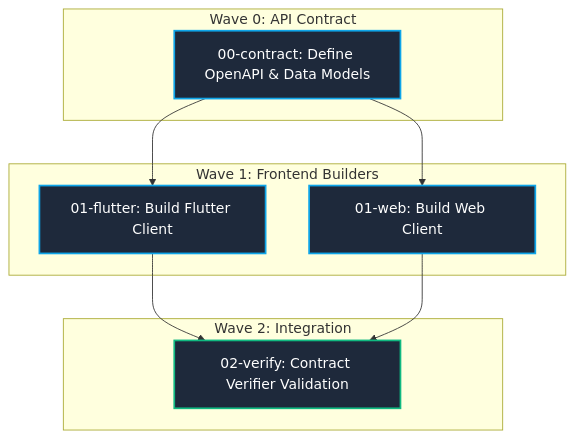
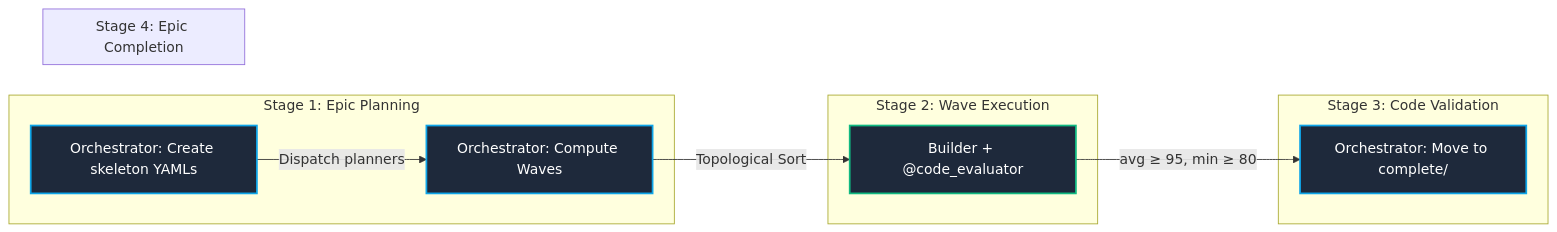
Before and after one commit to basnetjiten/test-repo: the second of 4 diagrams in ebprocess-development/Architecture.md, drawn with Mermaid. The commit also changed other lines of this file and 40 other files, not shown here.

Commit message:
refactor: update multi-agent orchestrator, nodes, schemas, and add new API/testing contracts

````diff
--- a/ebprocess-development/Architecture.md
+++ b/ebprocess-development/Architecture.md
@@ -150,23 +149,20 @@
 ```mermaid
-graph TD
-    subgraph "Wave 0: API Contract"
-        T1["00-contract: Define OpenAPI & Data Models"]
+graph LR
+    subgraph "Stage 1: Epic Planning"
+        A["Orchestrator: Create skeleton YAMLs"] -->|Dispatch planners| B["@api_planner / @flutter_planner: Enrich YAMLs"]
     end
-    subgraph "Wave 1: Frontend Builders"
-        T2["01-flutter: Build Flutter Client"]
-        T3["01-web: Build Web Client"]
+    subgraph "Stage 2: Wave Execution"
+        B["Orchestrator: Compute Waves"] -->|Topological Sort| C
     end
-    subgraph "Wave 2: Integration"
-        T4["02-verify: Contract Verifier Validation"]
+    subgraph "Stage 3: Code Validation"
+        C["Builder + @code_evaluator"] -->|avg ≥ 95, min ≥ 80| D
+    end
+    subgraph "Stage 4: Epic Completion"
+        D["Orchestrator: Move to complete/"]
     end
 
-    T1 --> T2
-    T1 --> T3
-    T2 --> T4
-    T3 --> T4
-
-    style T1 fill:#1E293B,stroke:#0EA5E9,stroke-width:2px,color:#fff
-    style T2 fill:#1E293B,stroke:#0EA5E9,stroke-width:2px,color:#fff
-    style T3 fill:#1E293B,stroke:#0EA5E9,stroke-width:2px,color:#fff
-    style T4 fill:#1E293B,stroke:#10B981,stroke-width:2px,color:#fff
+    style A fill:#1E293B,stroke:#0EA5E9,stroke-width:2px,color:#fff
+    style B fill:#1E293B,stroke:#0EA5E9,stroke-width:2px,color:#fff
+    style C fill:#1E293B,stroke:#10B981,stroke-width:2px,color:#fff
+    style D fill:#1E293B,stroke:#0EA5E9,stroke-width:2px,color:#fff
 ```
````
